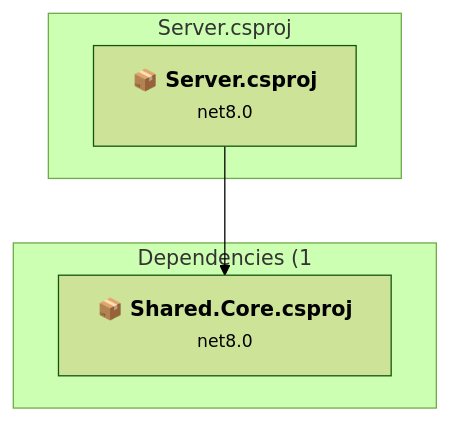
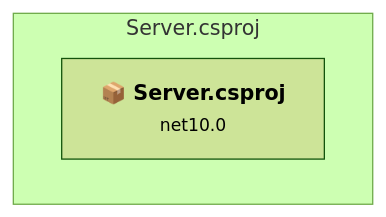
Before and after one commit to NafisianCastle/dokanio: the fourth of 4 diagrams in .github/upgrades/assessment.md, drawn with Mermaid (forest theme). The commit also changed other lines of this file and 10 other files, not shown here.

````diff
--- a/.github/upgrades/assessment.md
+++ b/.github/upgrades/assessment.md
@@ -286,13 +217,8 @@
 ```mermaid
 flowchart TB
     subgraph current["Server.csproj"]
-        MAIN["<b>📦&nbsp;Server.csproj</b><br/><small>net8.0</small>"]
+        MAIN["<b>📦&nbsp;Server.csproj</b><br/><small>net10.0</small>"]
         click MAIN "#srcserverservercsproj"
     end
-    subgraph downstream["Dependencies (1"]
-        P1["<b>📦&nbsp;Shared.Core.csproj</b><br/><small>net8.0</small>"]
-        click P1 "#srcsharedcoresharedcorecsproj"
-    end
-    MAIN --> P1
 
 ```
````
